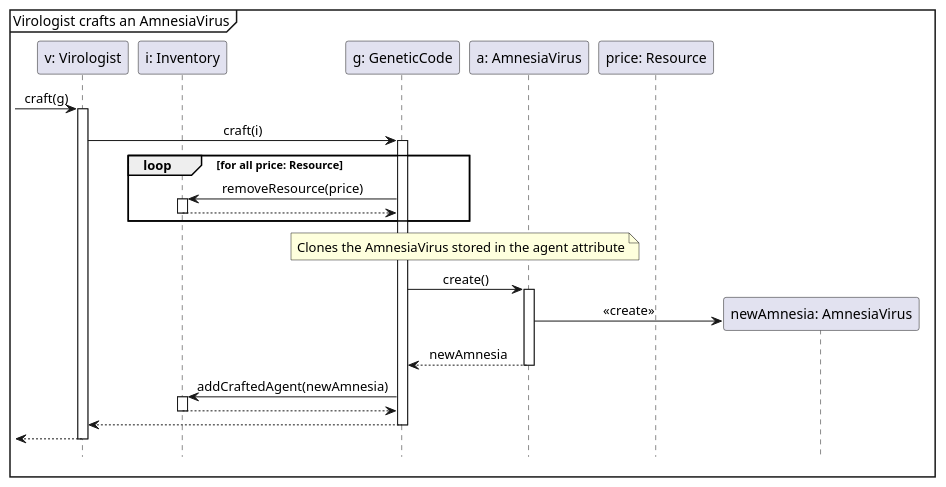
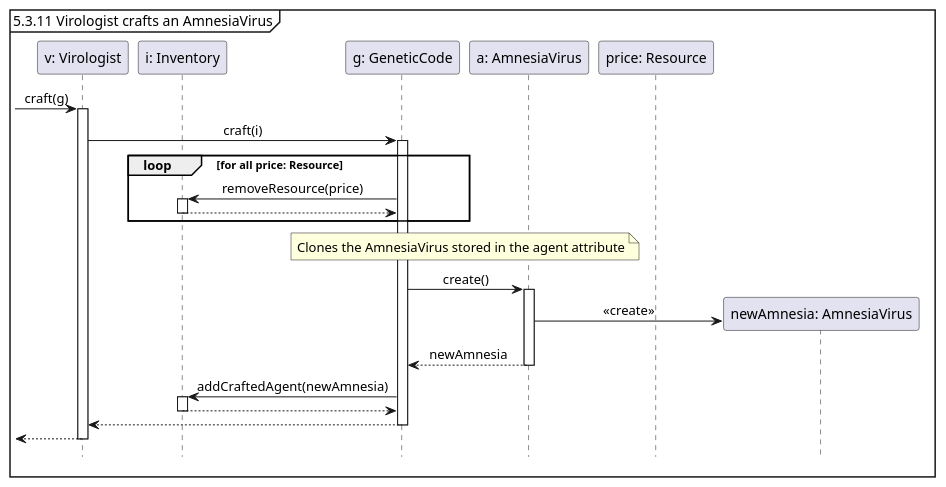
The diagram in docs/testCases/sequences/craftAmnesia.puml (Tschonti/503-service-unavailable), drawn with PlantUML before and after one commit. The commit also changed 3 other files, not shown here.

```diff
--- a/docs/testCases/sequences/craftAmnesia.puml
+++ b/docs/testCases/sequences/craftAmnesia.puml
@@ -1,32 +1,32 @@
 @startuml
 'https://plantuml.com/sequence-diagram
 
 hide footbox
 skinparam sequenceMessageAlign center
 
-mainframe  Virologist crafts an AmnesiaVirus
+mainframe  5.3.11 Virologist crafts an AmnesiaVirus
 
 participant "v: Virologist" as v
 participant "i: Inventory" as i
 participant "g: GeneticCode" as g
 participant "a: AmnesiaVirus" as a1
 participant "price: Resource"
 participant "newAmnesia: AmnesiaVirus" as a2
 
 
  -> v ++ : craft(g)
         v -> g ++ : craft(i)
             loop for all price: Resource
                 g -> i ++ : removeResource(price)
                 return
             end
             note over g, a1 : Clones the AmnesiaVirus stored in the agent attribute
             g -> a1 ++ : create()
                 a1 -> a2 ** : <<create>>
             return newAmnesia
             g -> i ++ : addCraftedAgent(newAmnesia)
             return
         return
 return
 
 @enduml
```
